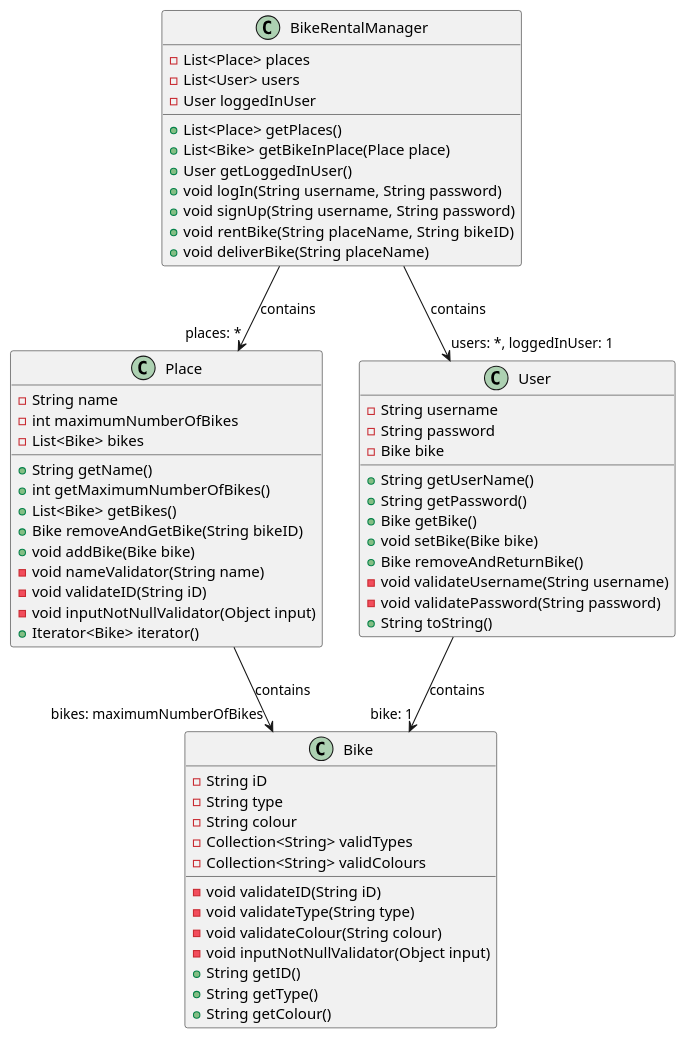
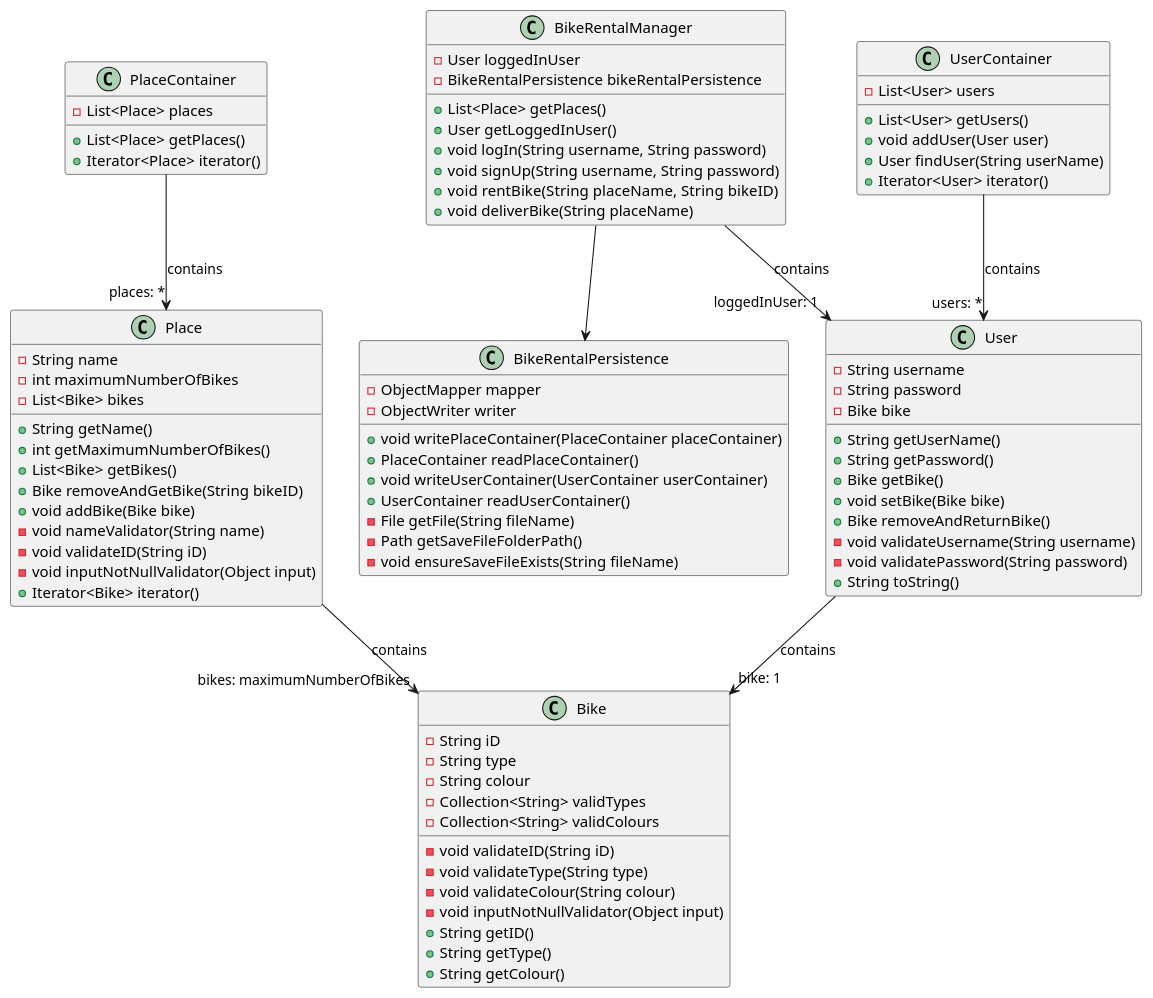
One commit to jonhallem/gr2247 changed the diagram in docs/release1.md. Above: the diagram before and after it, drawn with PlantUML. The commit also changed other lines of this file, not shown here.

Commit message:
Oppdatere dokumentasjon for release 1
Oppdatere klassediagram og legge til et par punkter

#12

````diff
--- a/docs/release1.md
+++ b/docs/release1.md
@@ -21,21 +22,47 @@
 ```plantuml
 @startuml
-BikeRentalManager --> "places: *" Place : contains
-BikeRentalManager --> "users: *, loggedInUser: 1"  User : contains
+BikeRentalManager --> BikeRentalPersistence
+BikeRentalManager --> "loggedInUser: 1"  User : contains
+PlaceContainer --> "places: *" Place : contains
+UserContainer --> "users: *" User : contains
 Place --> "bikes: maximumNumberOfBikes" Bike : contains
 User --> "bike: 1" Bike : contains
 
 Class BikeRentalManager {
-    -List<Place> places
-    -List<User> users
     -User loggedInUser
+    -BikeRentalPersistence bikeRentalPersistence
     +List<Place> getPlaces()
-    +List<Bike> getBikeInPlace(Place place)
     +User getLoggedInUser()
     +void logIn(String username, String password)
     +void signUp(String username, String password)
     +void rentBike(String placeName, String  bikeID)
     +void deliverBike(String placeName)
+}
+
+Class BikeRentalPersistence {
+    -ObjectMapper mapper
+    -ObjectWriter writer
+    +void writePlaceContainer(PlaceContainer placeContainer)
+    +PlaceContainer readPlaceContainer()
+    +void writeUserContainer(UserContainer userContainer)
+    +UserContainer readUserContainer()
+    -File getFile(String fileName)
+    -Path getSaveFileFolderPath()
+    -void ensureSaveFileExists(String fileName)
+}
+
+Class PlaceContainer {
+    -List<Place> places
+    +List<Place> getPlaces()
+    +Iterator<Place> iterator()
+}
+
+Class UserContainer {
+    -List<User> users
+    +List<User> getUsers()
+    +void addUser(User user)
+    +User findUser(String userName)
+    +Iterator<User> iterator()
 }
 
 Class Place {
````
